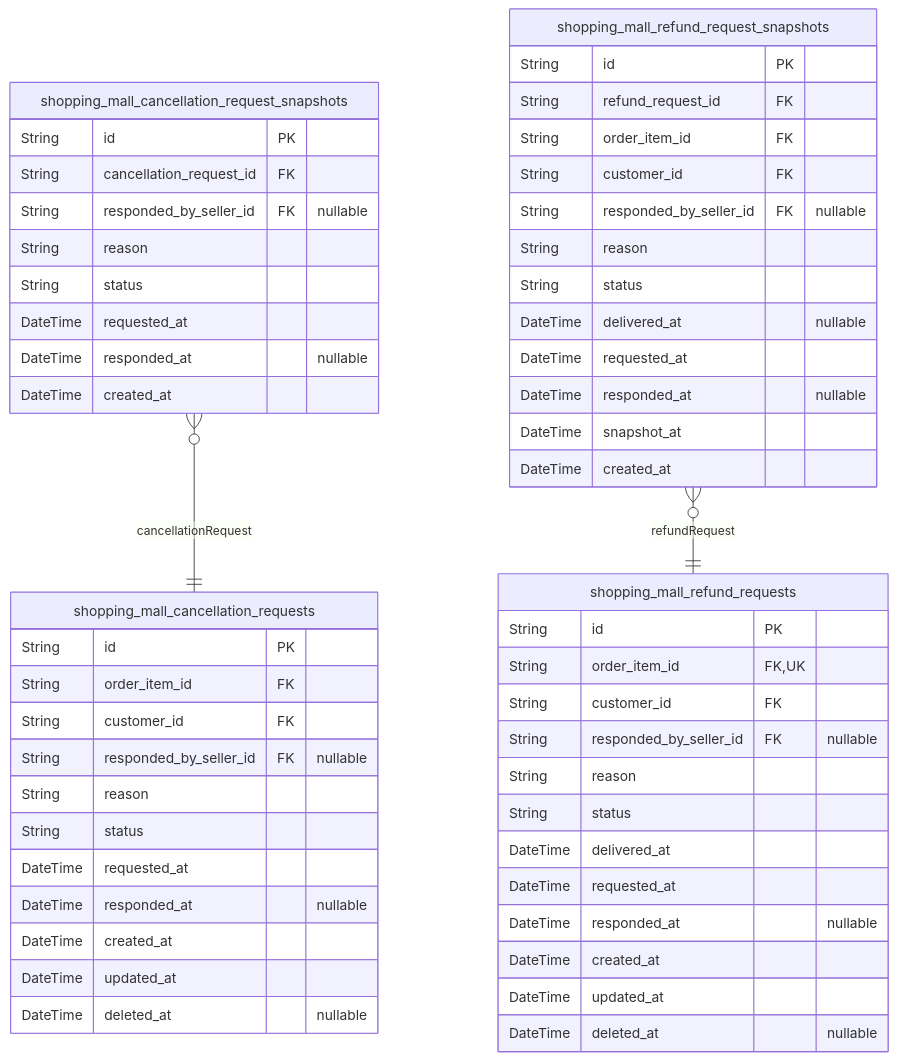
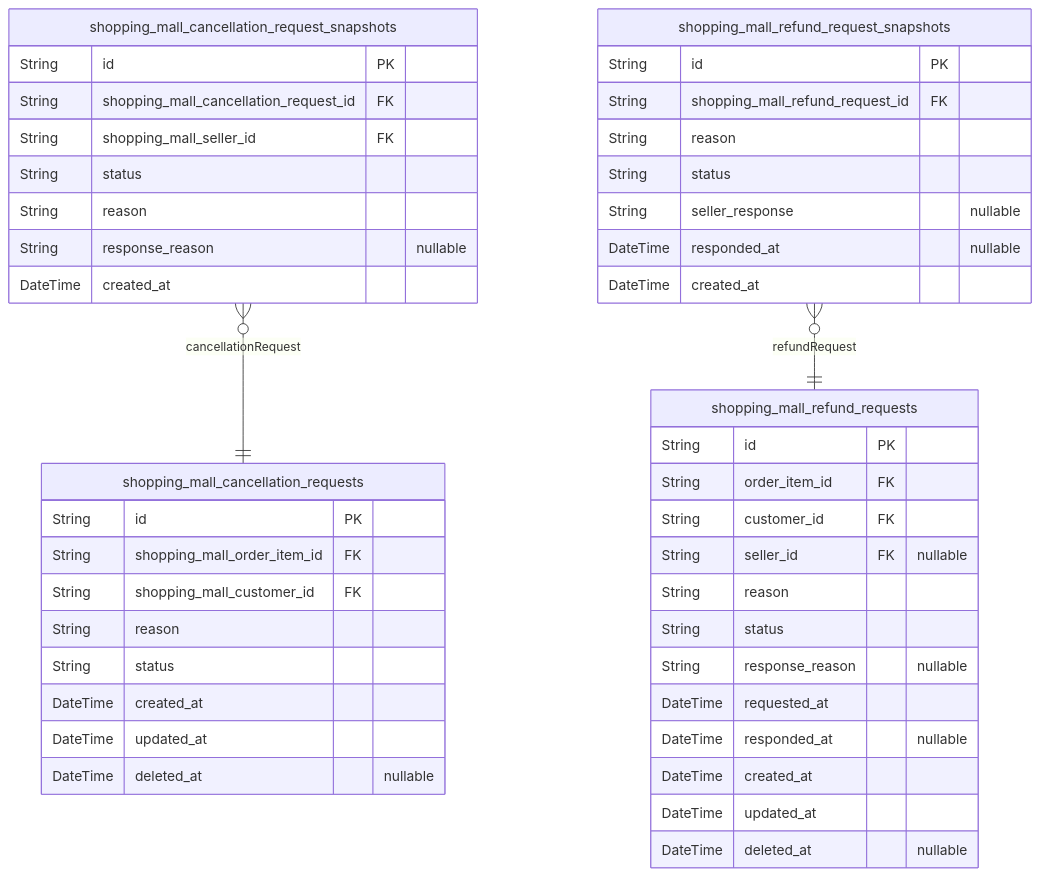
Diagram 12 of 14 in qwen/qwen3.5-397b-a17b/shopping/docs/ERD.md (wrtnlabs/autobe-examples), drawn with Mermaid before and after one commit. The commit also changed other lines of this file and 9017 other files, not shown here.

````diff
--- a/qwen/qwen3.5-397b-a17b/shopping/docs/ERD.md
+++ b/qwen/qwen3.5-397b-a17b/shopping/docs/ERD.md
@@ -1340,56 +1497,47 @@
 ```mermaid
 erDiagram
 "shopping_mall_cancellation_requests" {
   String id PK
-  String order_item_id FK
-  String customer_id FK
-  String responded_by_seller_id FK "nullable"
+  String shopping_mall_order_item_id FK
+  String shopping_mall_customer_id FK
   String reason
   String status
-  DateTime requested_at
-  DateTime responded_at "nullable"
   DateTime created_at
   DateTime updated_at
   DateTime deleted_at "nullable"
 }
 "shopping_mall_cancellation_request_snapshots" {
   String id PK
-  String cancellation_request_id FK
-  String responded_by_seller_id FK "nullable"
+  String shopping_mall_cancellation_request_id FK
+  String shopping_mall_seller_id FK
+  String status
   String reason
-  String status
-  DateTime requested_at
-  DateTime responded_at "nullable"
+  String response_reason "nullable"
   DateTime created_at
 }
 "shopping_mall_refund_requests" {
   String id PK
-  String order_item_id FK,UK
+  String order_item_id FK
   String customer_id FK
-  String responded_by_seller_id FK "nullable"
+  String seller_id FK "nullable"
   String reason
   String status
-  DateTime delivered_at
+  String response_reason "nullable"
   DateTime requested_at
   DateTime responded_at "nullable"
   DateTime created_at
   DateTime updated_at
   DateTime deleted_at "nullable"
 }
 "shopping_mall_refund_request_snapshots" {
   String id PK
-  String refund_request_id FK
-  String order_item_id FK
-  String customer_id FK
-  String responded_by_seller_id FK "nullable"
+  String shopping_mall_refund_request_id FK
   String reason
   String status
-  DateTime delivered_at "nullable"
-  DateTime requested_at
+  String seller_response "nullable"
   DateTime responded_at "nullable"
-  DateTime snapshot_at
   DateTime created_at
 }
 "shopping_mall_cancellation_request_snapshots" }o--|| "shopping_mall_cancellation_requests" : cancellationRequest
 "shopping_mall_refund_request_snapshots" }o--|| "shopping_mall_refund_requests" : refundRequest
 ```
````
